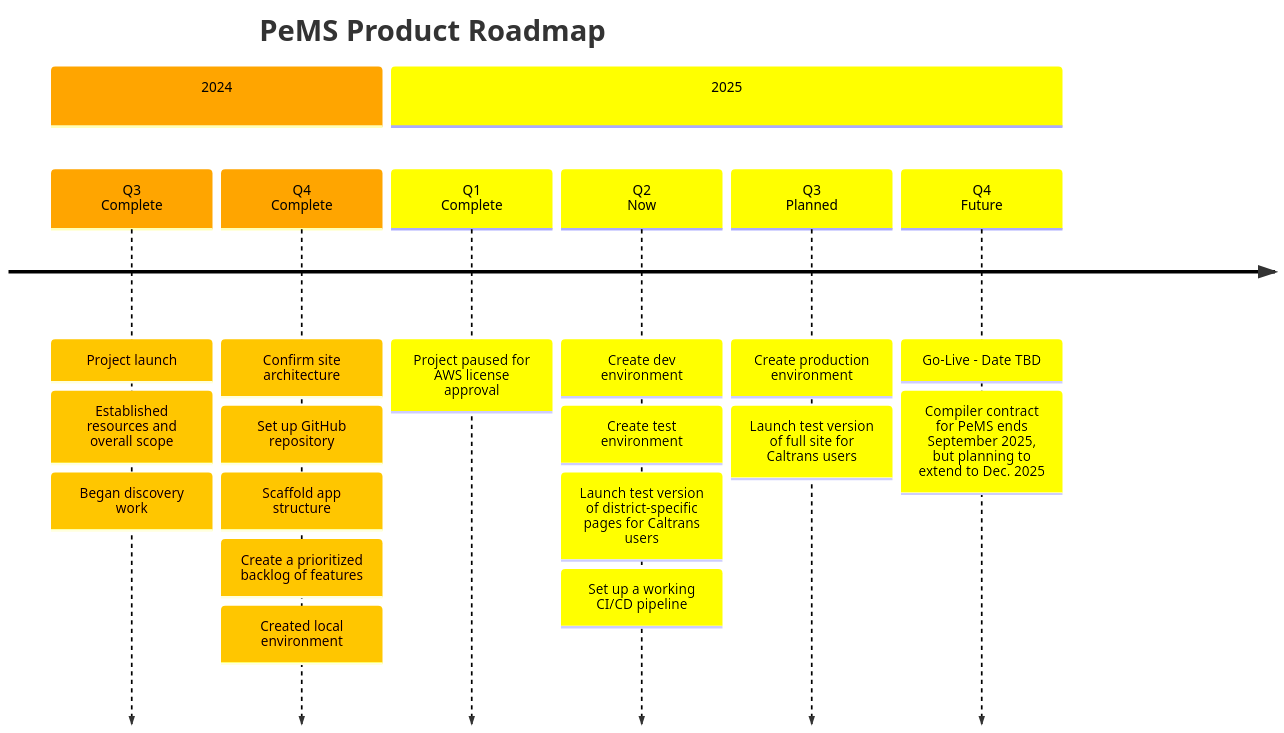
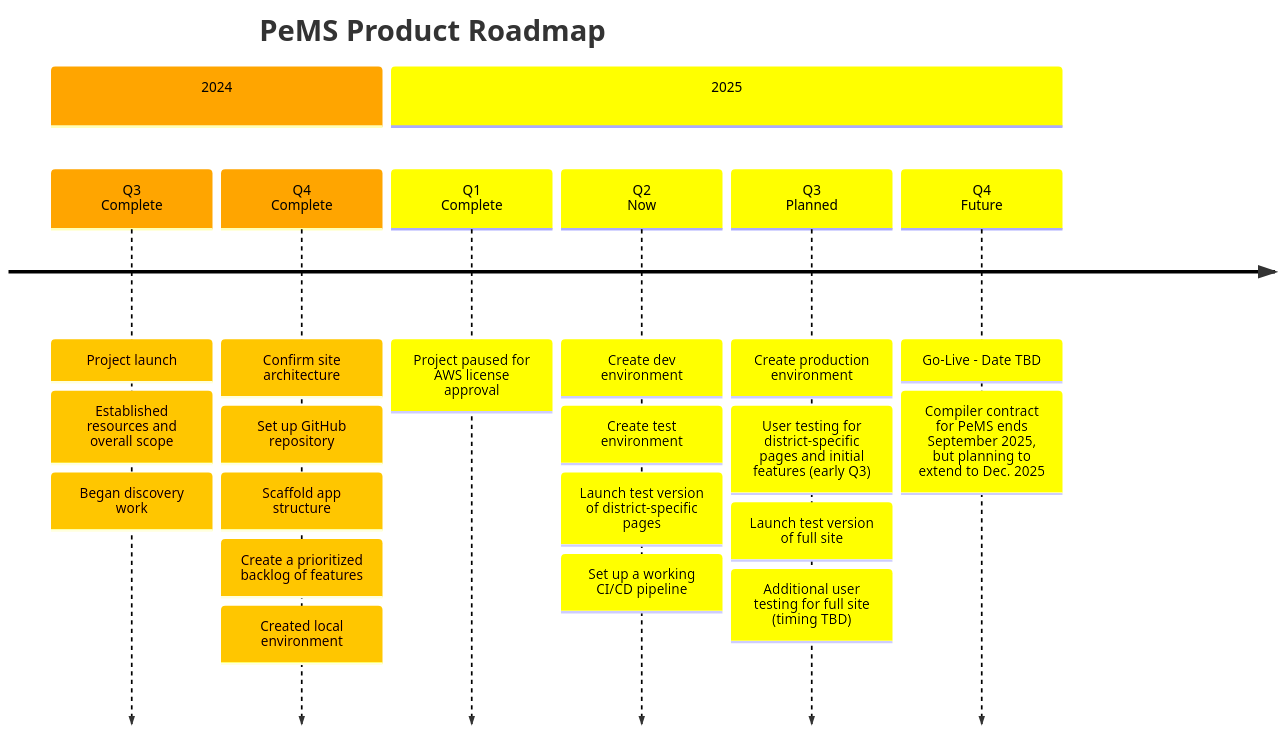
One commit to lalver1/pems changed the diagram in docs/README.md. Above: the diagram before and after it, drawn with Mermaid.

Commit message:
Update README.md
Made minor adjustments to roadmap to reflect plans for user testing. @lalver1 can you review and make sure this looks right to you (no rush, just some time this week)

````diff
--- a/docs/README.md
+++ b/docs/README.md
@@ -17,54 +17,56 @@
 ```mermaid
 timeline
     title PeMS Product Roadmap
     %% PeMS Epics (2024)
     section 2024
 
     Q3<br>Complete
     : Project launch
     : Established resources and overall scope
     : Began discovery work
 
     Q4<br>Complete
     : Confirm site architecture
     : Set up GitHub repository
     : Scaffold app structure
     : Create a prioritized backlog of features
     : Created local environment
 
     %% PeMS Epics (2025)
     section 2025
 
     Q1<br>Complete
     : Project paused for AWS license approval
 
     Q2<br>Now
     : Create dev environment
     : Create test environment
-    : Launch test version of district-specific pages for Caltrans users
+    : Launch test version of district-specific pages
     : Set up a working CI/CD pipeline
 
     Q3<br>Planned
     : Create production environment
-    : Launch test version of full site for Caltrans users
+    : User testing for district-specific pages and initial features (early Q3) 
+    : Launch test version of full site
+    : Additional user testing for full site (timing TBD)
 
     Q4<br>Future
     : Go-Live - Date TBD
     : Compiler contract for PeMS ends September 2025, but planning to extend to Dec. 2025
 
     %%{
         init: {
             'logLevel': 'debug',
             'theme': 'default' ,
             'themeVariables': {
                 'cScale0': '#ffa500', 'cScaleLabel0': '#000000',
                 'cScale1': '#ffff00', 'cScaleLabel1': '#000000',
                 'cScale2': '#ffff00', 'cScaleLabel2': '#000000',
                 'cScale3': '#008000', 'cScaleLabel3': '#ffffff',
                 'cScale4': '#0000ff', 'cScaleLabel4': '#ffffff',
                 'cScale5': '#4b0082', 'cScaleLabel5': '#ffffff',
                 'cScale6': '#000000', 'cScaleLabel6': '#ffffff'
             }
         }
     }%%
 ```
````
